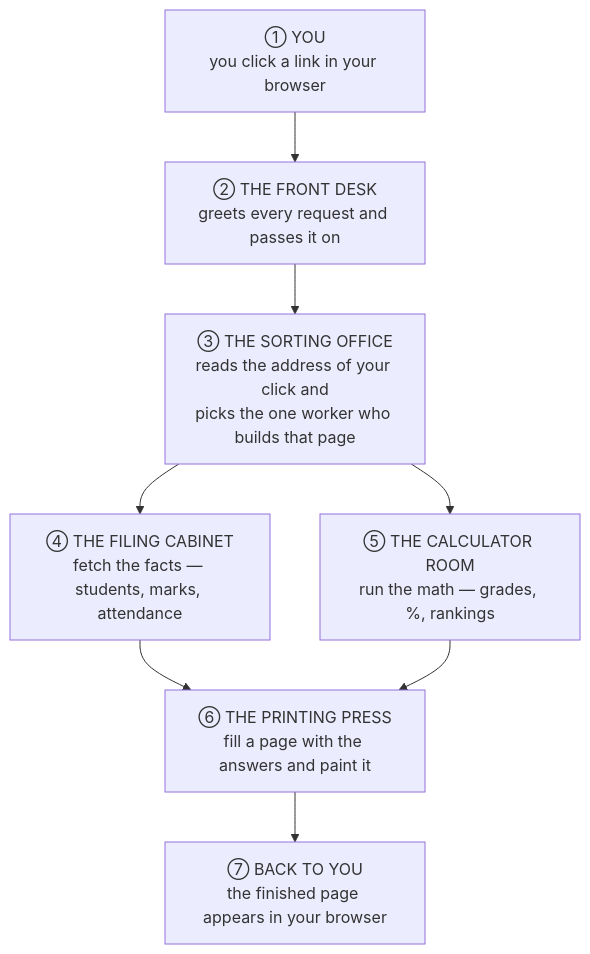
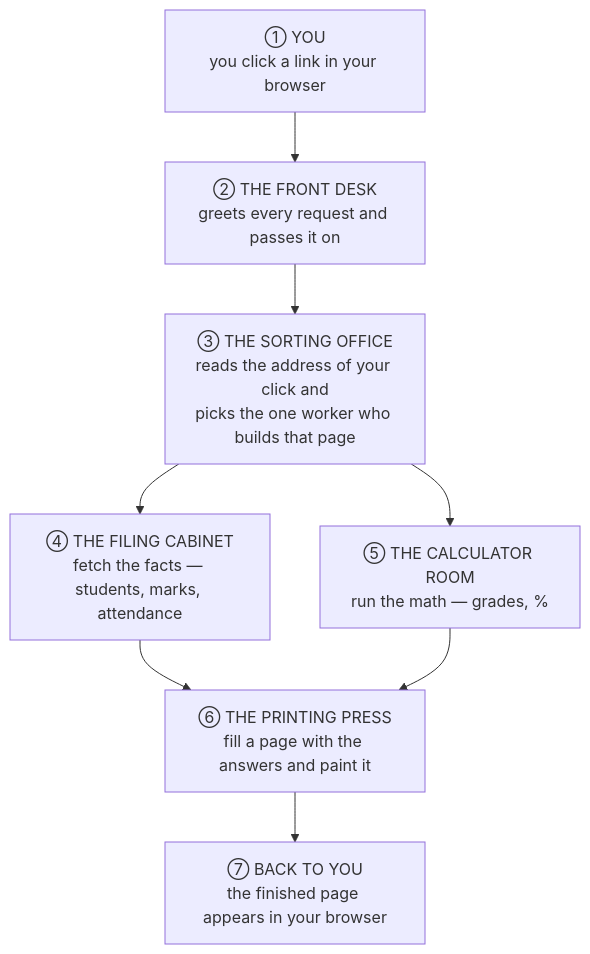
Before and after one commit to vibh0rretr0-sudo/Student-Management-System: the first of 3 diagrams in docs/FLOWCHART.md, drawn with Mermaid. The commit also changed other lines of this file and 50 other files, not shown here.

````diff
--- a/docs/FLOWCHART.md
+++ b/docs/FLOWCHART.md
@@ -16,10 +16,10 @@
 ```mermaid
 flowchart TD
     A["① YOU<br/>you click a link in your browser"] --> B["② THE FRONT DESK<br/>greets every request and passes it on"]
     B --> C["③ THE SORTING OFFICE<br/>reads the address of your click and<br/>picks the one worker who builds that page"]
     C --> D["④ THE FILING CABINET<br/>fetch the facts — students, marks, attendance"]
-    C --> E["⑤ THE CALCULATOR ROOM<br/>run the math — grades, %, rankings"]
+    C --> E["⑤ THE CALCULATOR ROOM<br/>run the math — grades, %"]
     D --> F["⑥ THE PRINTING PRESS<br/>fill a page with the answers and paint it"]
     E --> F
     F --> G["⑦ BACK TO YOU<br/>the finished page appears in your browser"]
 ```
````
